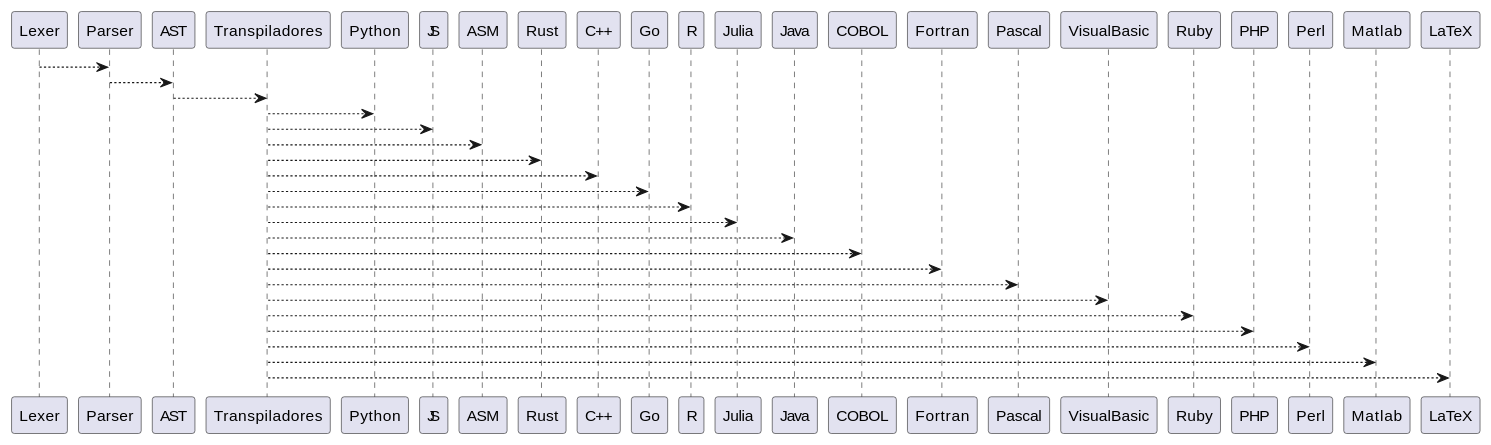
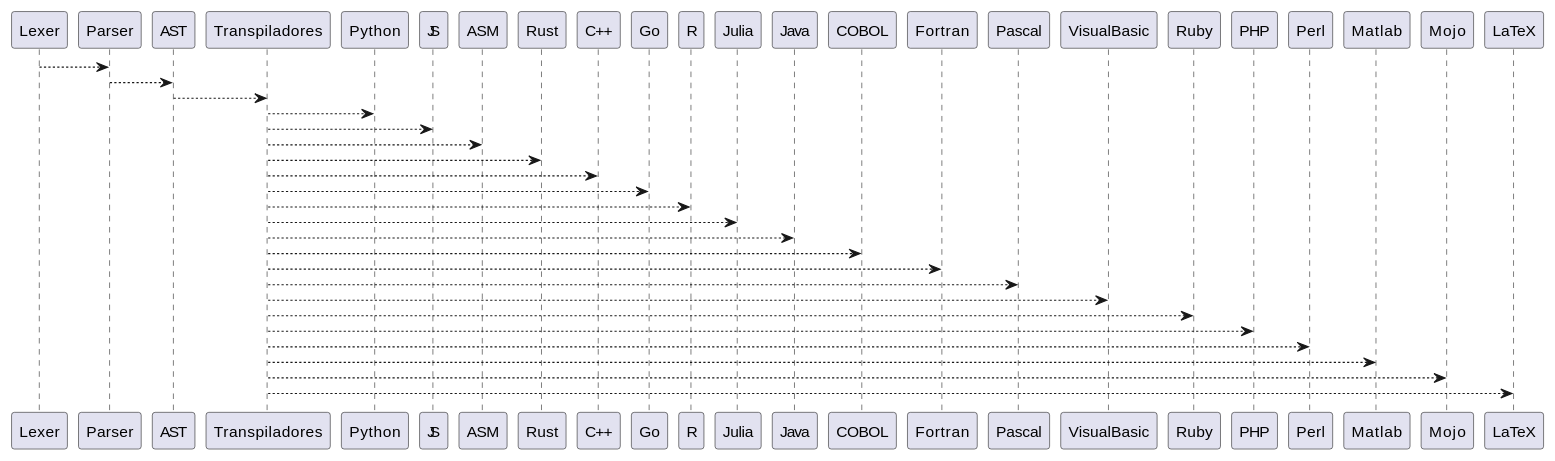
One commit to Alphonsus411/pCobra changed the second of 2 diagrams in docs/estructura_ast.md. Above: the diagram before and after it, drawn with PlantUML. The commit also changed 8 other files, not shown here.

````diff
--- a/docs/estructura_ast.md
+++ b/docs/estructura_ast.md
@@ -57,25 +57,26 @@
 ```{uml}
 @startuml
 Lexer --> Parser
 Parser --> AST
 AST --> Transpiladores
 Transpiladores --> Python
 Transpiladores --> JS
 Transpiladores --> ASM
 Transpiladores --> Rust
 Transpiladores --> "C++"
 Transpiladores --> Go
 Transpiladores --> R
 Transpiladores --> Julia
 Transpiladores --> Java
 Transpiladores --> COBOL
 Transpiladores --> Fortran
 Transpiladores --> Pascal
 Transpiladores --> VisualBasic
 Transpiladores --> Ruby
 Transpiladores --> PHP
 Transpiladores --> Perl
 Transpiladores --> Matlab
+Transpiladores --> Mojo
 Transpiladores --> LaTeX
 @enduml
 ```
````
